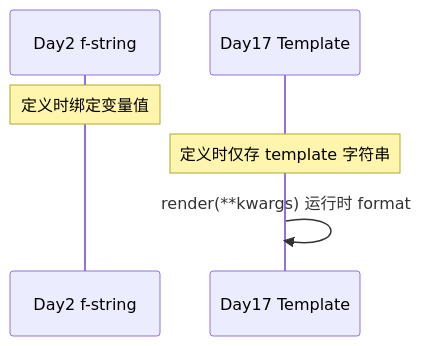
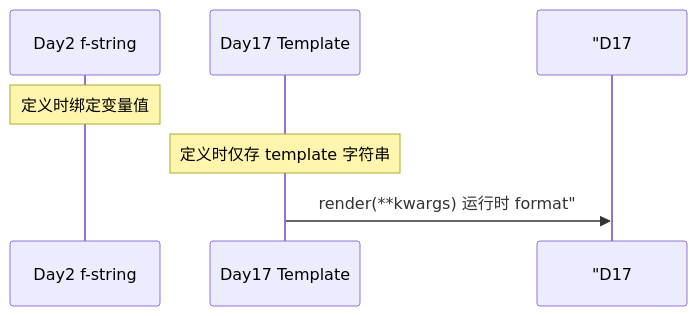
The first of 2 diagrams in course/day17/18_与Day2_fstring对照表.md (ab6539763/70_days_course_plus), drawn with Mermaid before and after one commit. The commit also changed 134 other files, not shown here.

````diff
--- a/course/day17/18_与Day2_fstring对照表.md
+++ b/course/day17/18_与Day2_fstring对照表.md
@@ -53,9 +53,9 @@
 ```mermaid
 sequenceDiagram
     participant D2 as Day2 f-string
     participant D17 as Day17 Template
 
     Note over D2: 定义时绑定变量值
     Note over D17: 定义时仅存 template 字符串
-    D17->>D17: render(**kwargs) 运行时 format
+    D17->> "D17: render(**kwargs) 运行时 format"
 ```
````
